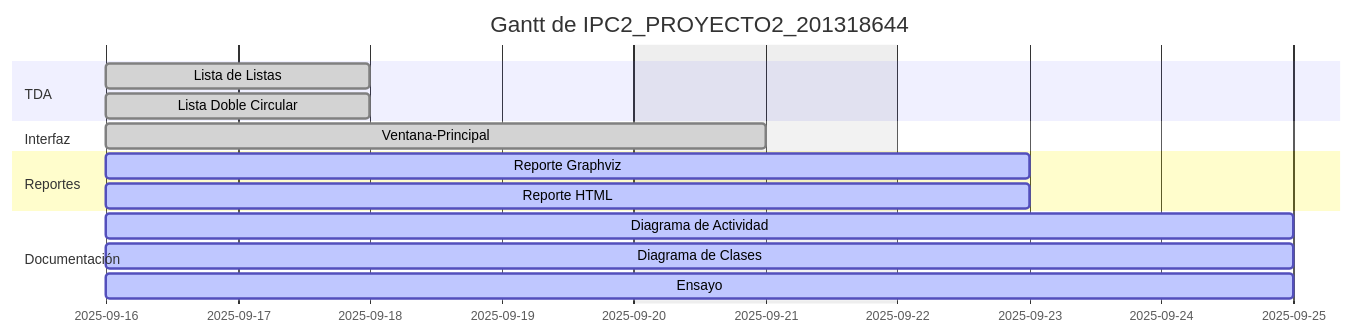
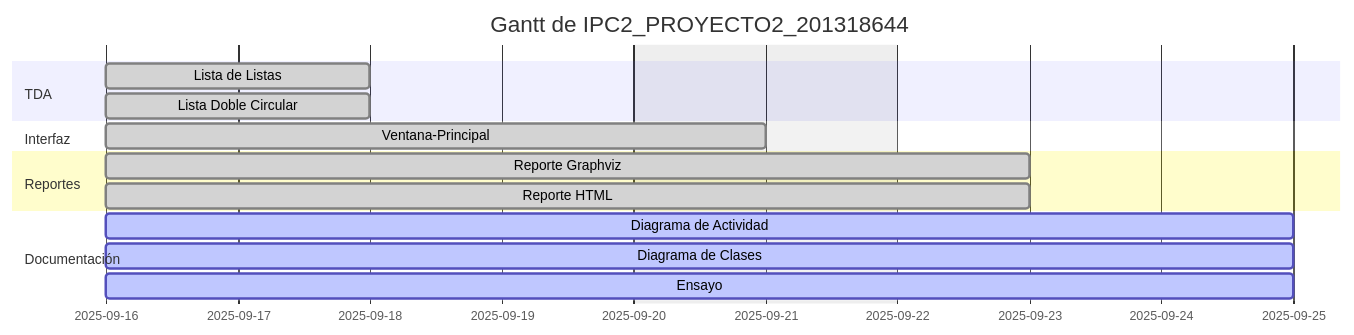
Before and after one commit to MynorCifuentes/GuateRiegos-2.0: the diagram in docs/gantt.md, drawn with Mermaid.

Commit message:
Actualiza diagrama de Gantt automático

````diff
--- a/docs/gantt.md
+++ b/docs/gantt.md
@@ -1,18 +1,18 @@
 ```mermaid
 gantt
     dateFormat  YYYY-MM-DD
     title Gantt de IPC2_PROYECTO2_201318644
     excludes    weekends
     section TDA
     Lista de Listas :done, 2, 2025-09-16, 2025-09-18
     Lista Doble Circular :done, 1, 2025-09-16, 2025-09-18
     section Interfaz
     Ventana-Principal :done, 3, 2025-09-16, 2025-09-21
     section Reportes
-    Reporte Graphviz :active, 8, 2025-09-16, 2025-09-23
-    Reporte HTML :active, 7, 2025-09-16, 2025-09-23
+    Reporte Graphviz :done, 8, 2025-09-16, 2025-09-23
+    Reporte HTML :done, 7, 2025-09-16, 2025-09-23
     section Documentación
     Diagrama de Actividad :active, 6, 2025-09-16, 2025-09-25
     Diagrama de Clases :active, 5, 2025-09-16, 2025-09-25
     Ensayo :active, 4, 2025-09-16, 2025-09-25
 ```
````
